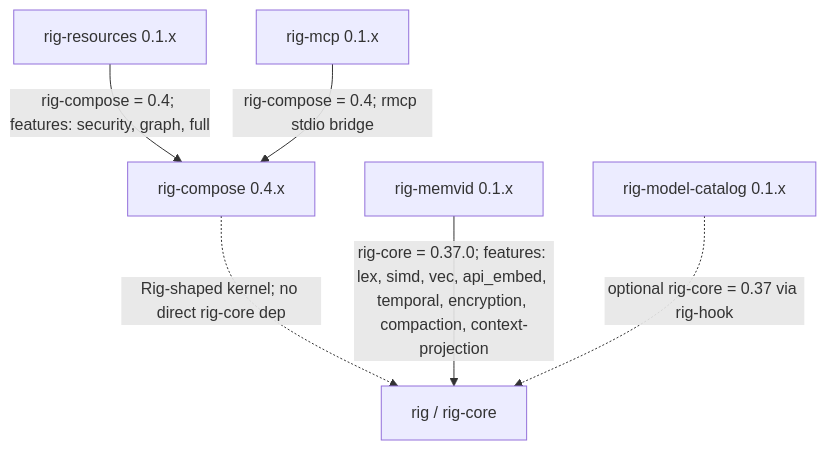
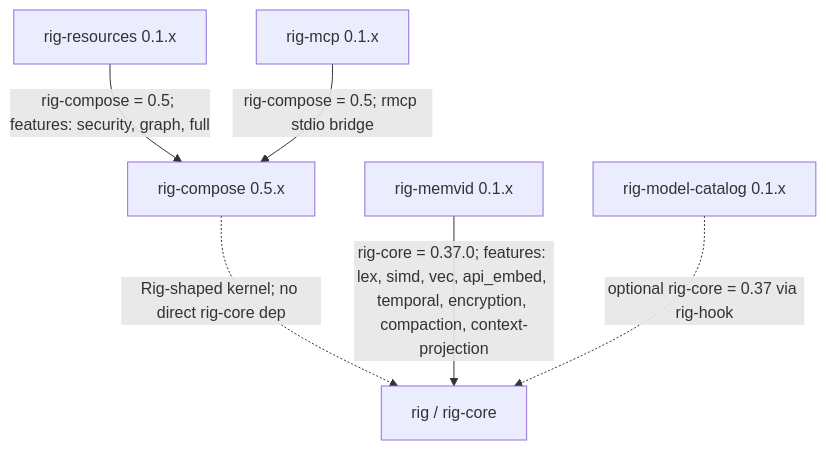
The diagram in README.md (ForeverAngry/rig-resources), drawn with Mermaid before and after one commit. The commit also changed other lines of this file, not shown here.

````diff
--- a/README.md
+++ b/README.md
@@ -130,15 +130,15 @@
 ```mermaid
 flowchart TD
     rig["rig / rig-core"]
-    compose["rig-compose 0.4.x"]
+    compose["rig-compose 0.5.x"]
     resources["rig-resources 0.1.x"]
     mcp["rig-mcp 0.1.x"]
     memvid["rig-memvid 0.1.x"]
     model_meta["rig-model-catalog 0.1.x"]
 
     compose -. "Rig-shaped kernel; no direct rig-core dep" .-> rig
-    resources -- "rig-compose = 0.4; features: security, graph, full" --> compose
-    mcp -- "rig-compose = 0.4; rmcp stdio bridge" --> compose
+    resources -- "rig-compose = 0.5; features: security, graph, full" --> compose
+    mcp -- "rig-compose = 0.5; rmcp stdio bridge" --> compose
     memvid -- "rig-core = 0.37.0; features: lex, simd, vec, api_embed, temporal, encryption, compaction, context-projection" --> rig
     model_meta -. "optional rig-core = 0.37 via rig-hook" .-> rig
 ```
````
